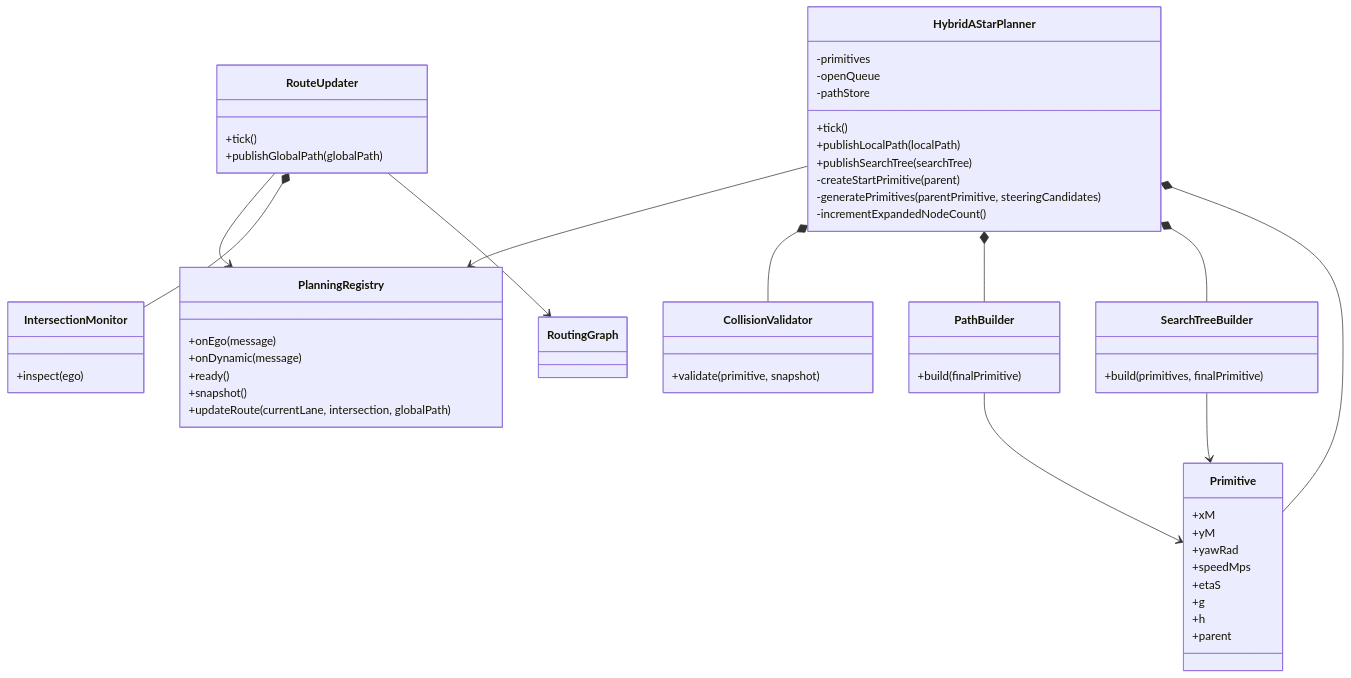
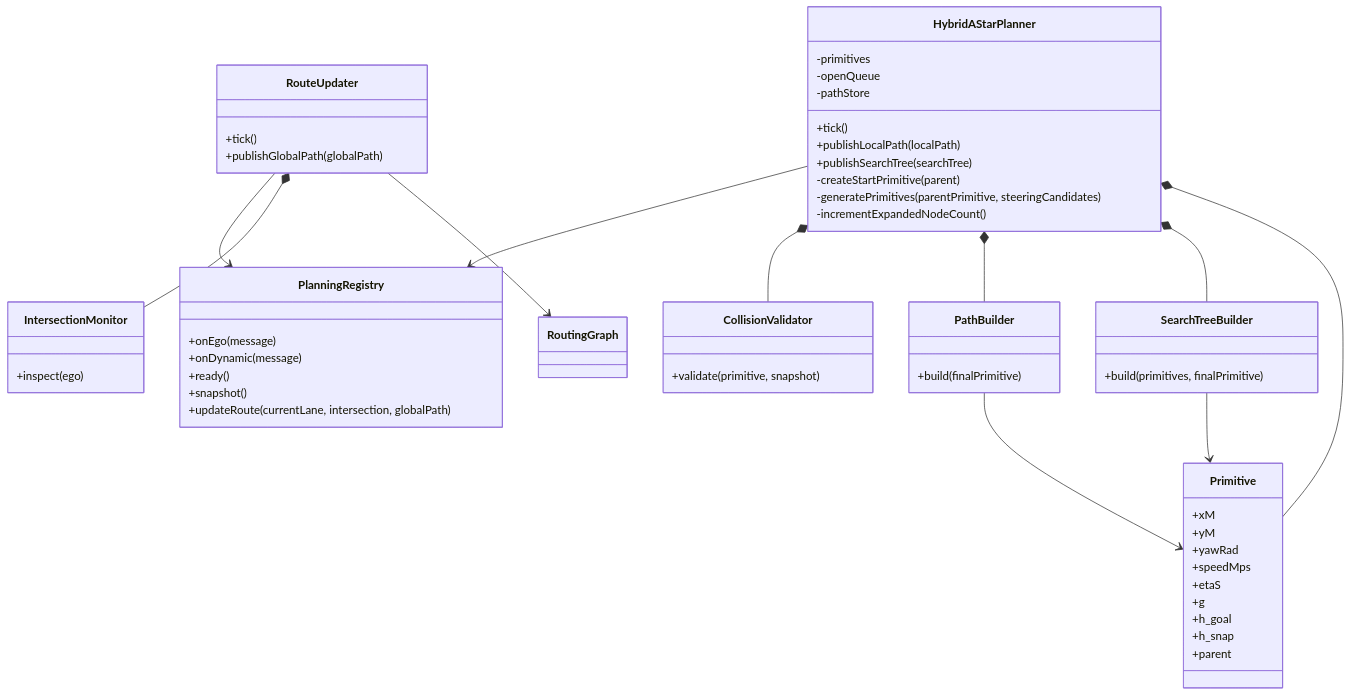
Before and after one commit to Team-Stier/HL-FMA2026-sim-stier: the first of 2 diagrams in src/path_planner/README.md, drawn with Mermaid. The commit also changed other lines of this file and 4 other files, not shown here.

````diff
--- a/src/path_planner/README.md
+++ b/src/path_planner/README.md
@@ -127,65 +127,66 @@
 ```mermaid
 classDiagram
     class PlanningRegistry {
         +onEgo(message)
         +onDynamic(message)
         +ready()
         +snapshot()
         +updateRoute(currentLane, intersection, globalPath)
     }
 
     class RouteUpdater {
         +tick()
         +publishGlobalPath(globalPath)
     }
 
     class IntersectionMonitor {
         +inspect(ego)
     }
 
     class HybridAStarPlanner {
         +tick()
         +publishLocalPath(localPath)
         +publishSearchTree(searchTree)
         -createStartPrimitive(parent)
         -generatePrimitives(parentPrimitive, steeringCandidates)
         -incrementExpandedNodeCount()
         -primitives
         -openQueue
         -pathStore
     }
 
     class Primitive {
         +xM
         +yM
         +yawRad
         +speedMps
         +etaS
         +g
-        +h
+        +h_goal
+        +h_snap
         +parent
     }
 
     class CollisionValidator {
         +validate(primitive, snapshot)
     }
 
     class PathBuilder {
         +build(finalPrimitive)
     }
 
     class SearchTreeBuilder {
         +build(primitives, finalPrimitive)
     }
 
     RouteUpdater --> PlanningRegistry
     RouteUpdater *-- IntersectionMonitor
     RouteUpdater --> RoutingGraph
     HybridAStarPlanner --> PlanningRegistry
     HybridAStarPlanner *-- CollisionValidator
     HybridAStarPlanner *-- PathBuilder
     HybridAStarPlanner *-- SearchTreeBuilder
     HybridAStarPlanner *-- Primitive
     PathBuilder --> Primitive
     SearchTreeBuilder --> Primitive
 ```
````
